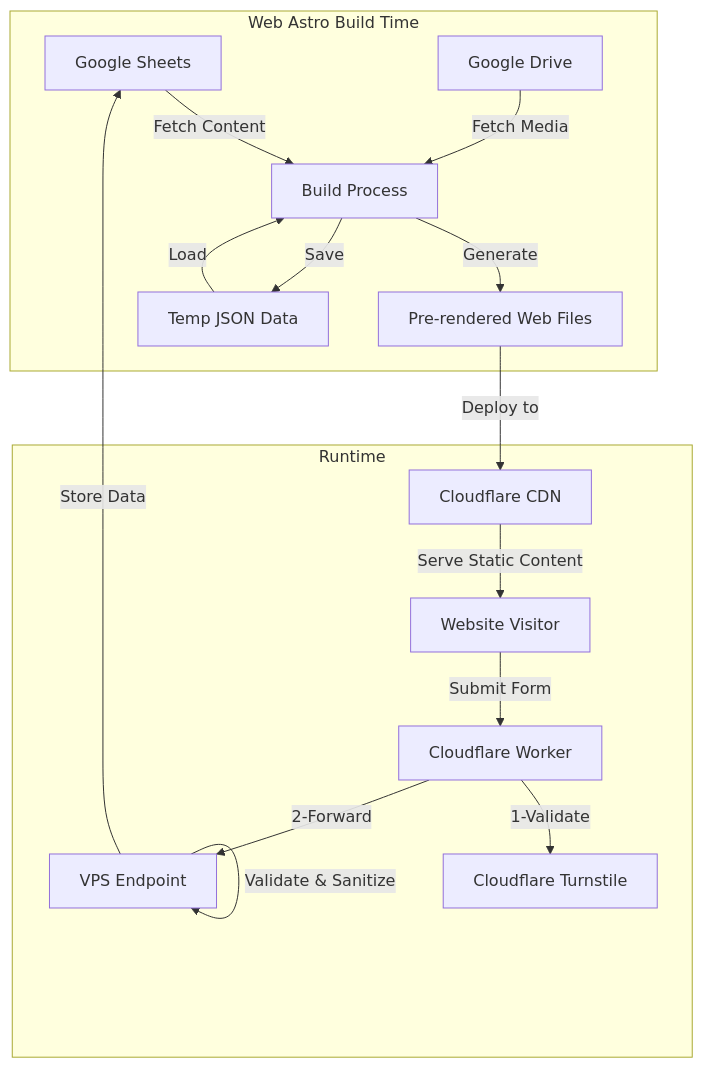
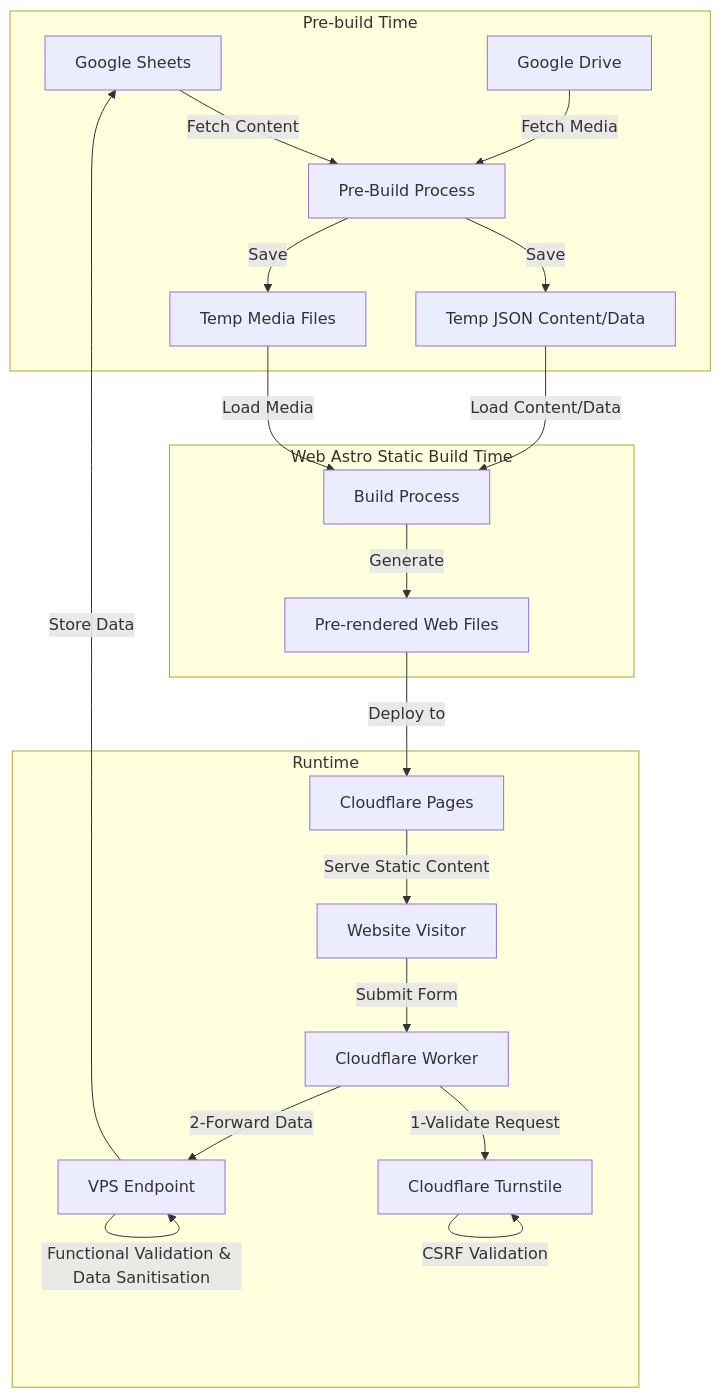
Before and after one commit to marcandreuf/marcandreuf.github.io: the first of 2 diagrams in src/content/post/2025-02-21-webgsheets.mdx, drawn with Mermaid. The commit also changed other lines of this file and 2 other files, not shown here.

````diff
--- a/src/content/post/2025-02-21-webgsheets.mdx
+++ b/src/content/post/2025-02-21-webgsheets.mdx
@@ -32,22 +37,32 @@
 ```mermaid
+
 flowchart TD
-    subgraph "Web Astro Build Time"
-        GS[Google Sheets] -->|Fetch Content| B[Build Process]
-        GD[Google Drive] -->|Fetch Media| B
-        B -->|Generate| S[Pre-rendered Web Files]
-        B -->|Save| J[Temp JSON Data]
-        J -->|Load| B
-    end
+   subgraph "Pre-build Time"
+      GS[Google Sheets] -->|Fetch Content| P[Pre-Build Process]
+      GD[Google Drive] -->|Fetch Media| P      
+      P -->|Save| JD[Temp JSON Content/Data]
+      P -->|Save| MF[Temp Media Files]
 
-    subgraph "Runtime"
-        V[Website Visitor]
-        CF[Cloudflare CDN] -->|Serve Static Content| V
-        V -->|Submit Form| W[Cloudflare Worker]
-        W -->|1-Validate| T[Cloudflare Turnstile]
-        W -->|2-Forward| VPS[VPS Endpoint]
-        VPS -->|Validate & Sanitize| VPS
-        VPS -->|Store Data| GS
-    end
 
-    S -->|Deploy to| CF
+   end
+
+   subgraph "Web Astro Static Build Time"
+      JD -->|Load Content/Data| B[Build Process]
+      MF -->|Load Media| B
+      B -->|Generate| S[Pre-rendered Web Files]
+      
+   end
+
+   subgraph "Runtime"
+      V[Website Visitor]
+      CF[Cloudflare Pages] -->|Serve Static Content| V
+      V -->|Submit Form| W[Cloudflare Worker]
+      W -->|1-Validate Request| T[Cloudflare Turnstile]
+      T -->|CSRF Validation| T
+      W -->|2-Forward Data| VPS[VPS Endpoint]
+      VPS -->|Functional Validation & Data Sanitisation| VPS
+      VPS -->|Store Data| GS
+   end
+
+   S -->|Deploy to| CF 
 ```
````
